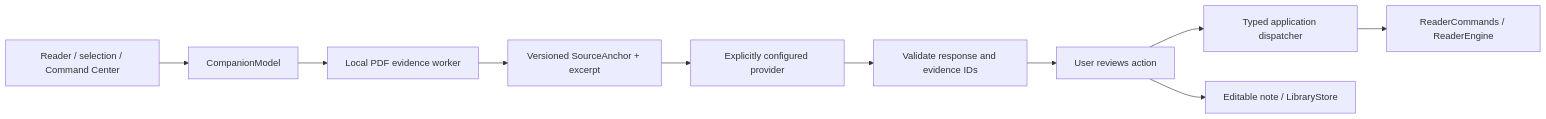
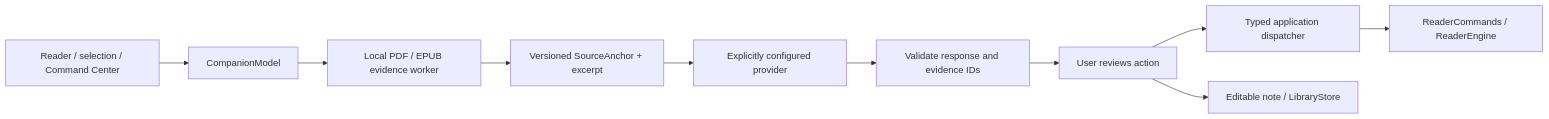
Before and after one commit to karavaevflow/adaptive-reader: the diagram in docs/reader-architecture.md, drawn with Mermaid. The commit also changed other lines of this file and 32 other files, not shown here.

````diff
--- a/docs/reader-architecture.md
+++ b/docs/reader-architecture.md
@@ -34,12 +34,12 @@
 ```mermaid
 flowchart LR
     UI[Reader / selection / Command Center] --> C[CompanionModel]
-    C --> I[Local PDF evidence worker]
+    C --> I[Local PDF / EPUB evidence worker]
     I --> A[Versioned SourceAnchor + excerpt]
     A --> P[Explicitly configured provider]
     P --> V[Validate response and evidence IDs]
     V --> R[User reviews action]
     R --> D[Typed application dispatcher]
     D --> E[ReaderCommands / ReaderEngine]
     R --> N[Editable note / LibraryStore]
 ```
````
